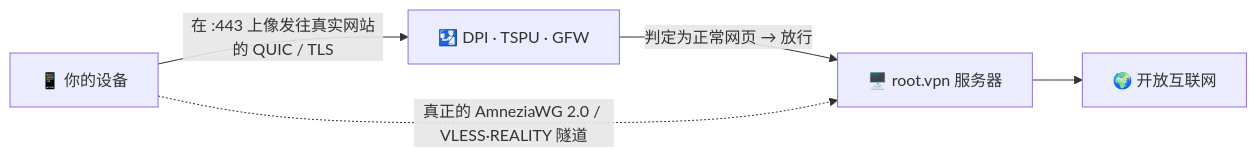
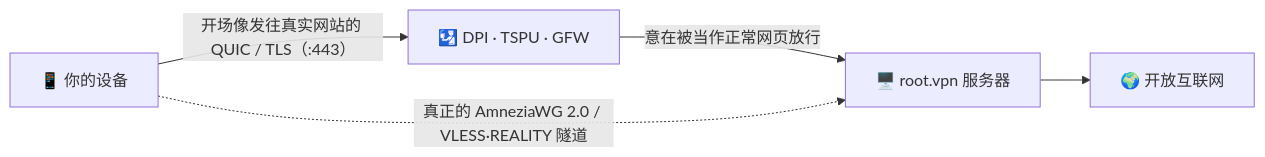
One commit to vektort13/root.vpn changed the diagram in README.zh.md. Above: the diagram before and after it, drawn with Mermaid. The commit also changed other lines of this file and 3 other files, not shown here.

````diff
--- a/README.zh.md
+++ b/README.zh.md
@@ -62,7 +69,7 @@
 ```mermaid
 flowchart LR
-    C["📱 你的设备"] -->|"在 :443 上像发往真实网站的 QUIC / TLS"| DPI["🛂 DPI · TSPU · GFW"]
-    DPI -->|"判定为正常网页 → 放行"| S["🖥️ root.vpn 服务器"]
+    C["📱 你的设备"] -->|"开场像发往真实网站的 QUIC / TLS（:443）"| DPI["🛂 DPI · TSPU · GFW"]
+    DPI -->|"意在被当作正常网页放行"| S["🖥️ root.vpn 服务器"]
     C -. "真正的 AmneziaWG 2.0 / VLESS·REALITY 隧道" .-> S
     S --> NET["🌍 开放互联网"]
 ```
````
